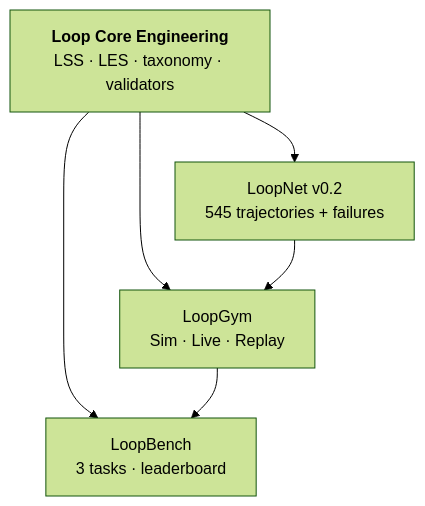
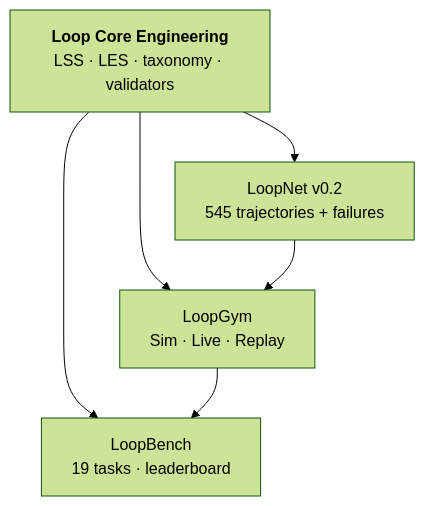
One commit to KanakMalpani/Loop-Core-Engineering changed the diagram in README.md. Above: the diagram before and after it, drawn with Mermaid (forest theme). The commit also changed other lines of this file and 2 other files, not shown here.

````diff
--- a/README.md
+++ b/README.md
@@ -56,13 +77,13 @@
 ```mermaid
 flowchart TB
   CORE["<b>Loop Core Engineering</b><br/>LSS · LES · taxonomy · validators"]
   NET["LoopNet v0.2<br/>545 trajectories + failures"]
   GYM["LoopGym<br/>Sim · Live · Replay"]
-  BENCH["LoopBench<br/>3 tasks · leaderboard"]
+  BENCH["LoopBench<br/>19 tasks · leaderboard"]
 
   CORE --> NET
   CORE --> GYM
   CORE --> BENCH
   NET --> GYM
   GYM --> BENCH
 ```
````
